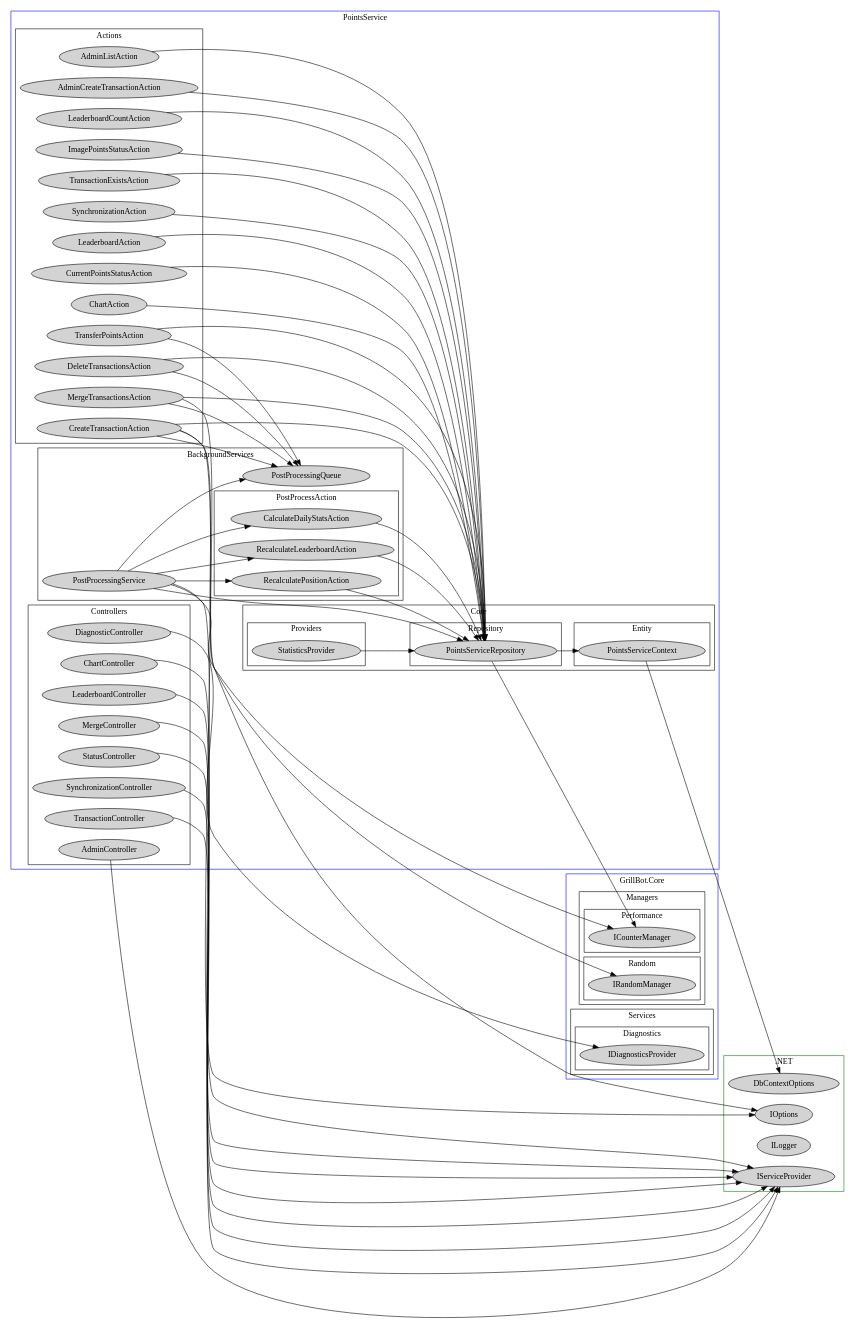
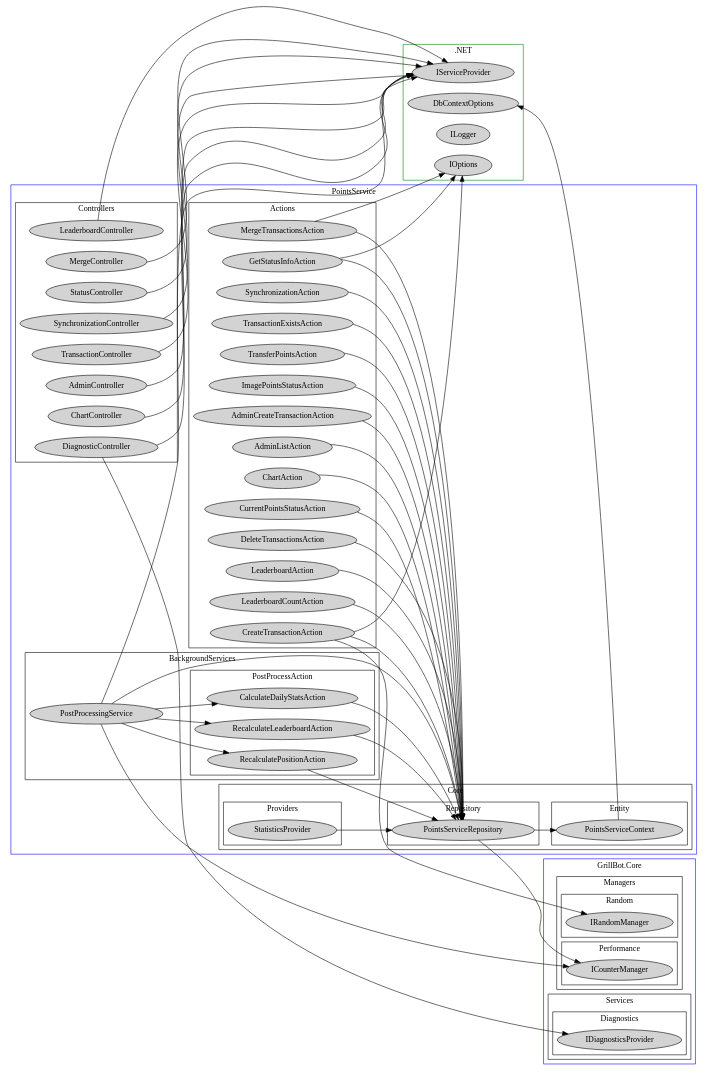
One commit to GrillBot/grillbot-docs changed the diagram in data/di-graph-points.dot. Above: the diagram before and after it, drawn with Graphviz. The commit also changed 4 other files, not shown here.

```diff
--- a/data/di-graph-points.dot
+++ b/data/di-graph-points.dot
@@ -1,175 +1,176 @@
 digraph PointsService {
     rankdir=LR
 	
 	subgraph cluster_0 {
 		node [style=filled];
 		label = "PointsService";
 		color=blue
 		
         subgraph cluster_3_1 {
             node [style=filled];
             label="Actions";
             color=black;
             
             AdminCreateTransactionAction
             AdminListAction
             ChartAction
             CreateTransactionAction
             CurrentPointsStatusAction
             DeleteTransactionsAction
             LeaderboardAction
             MergeTransactionsAction
             SynchronizationAction
             TransactionExistsAction
             TransferPointsAction
             ImagePointsStatusAction
             LeaderboardCountAction
+            GetStatusInfoAction
         }
         
         subgraph cluster_3_2 {
             node [style=filled];
             label="BackgroundServices";
             color=black;
             
             subgraph cluster_3_2_1 {
                 node [style=filled];
                 label="PostProcessAction";
                 color=black;
                 
                 CalculateDailyStatsAction
                 RecalculateLeaderboardAction
                 RecalculatePositionAction
             }
             
-            PostProcessingQueue
             PostProcessingService
         }
         
         subgraph cluster_3_3 {
             node [style=filled];
             label="Controllers";
             color=black;
             
             AdminController
             ChartController
             DiagnosticController
             LeaderboardController
             MergeController
             StatusController
             SynchronizationController
             TransactionController
         }
         
         subgraph cluster_3_4 {
             node [style=filled];
             label="Core"
             color=black
             
             subgraph cluster_3_4_1 {
                 node [style=filled];
                 label="Entity"
                 color=black;
                 
                 PointsServiceContext
             }
             
             subgraph cluster_3_4_2 {
                 node [style=filled];
                 label="Providers"
                 color=black;
                 
                 StatisticsProvider
             }
             
             subgraph cluster_3_4_3 {
                 node [style=filled];
                 label="Repository"
                 color=black
                 
                 PointsServiceRepository
             }
         }
 	}
 	
 	subgraph cluster_4 {
 	    node [style=filled];
 	    label = "GrillBot.Core";
 	    color=blue
 	    
 	    subgraph cluster_4_1 {
 	        node [style=filled];
             label="Managers";
             color=black;
             
             subgraph cluster_4_1_2 {
 	            node [style=filled];
                 label="Performance";
                 color=black;
                 
                 ICounterManager
 	        }
 	        
 	        subgraph cluster_4_1_3 {
 	            node [style=filled];
                 label="Random";
                 color=black;
                 
                 IRandomManager
 	        }
 	    }
 	    
 	    subgraph cluster_4_2 {
 	        node [style=filled];
             label="Services";
             color=black;
 	        
 	        subgraph cluster_4_3 {
 	            node [style=filled];
                 label="Diagnostics";
                 color=black;
 	            
 	            IDiagnosticsProvider
 	        }
 	    }
 	}
 	
 	subgraph cluster_100 {
 	    node[style=filled];
 	    label = ".NET"
 	    color=green
 	    
 	    IServiceProvider
 	    DbContextOptions
 	    ILogger
 	    IOptions
 	}
 	
 	AdminCreateTransactionAction -> { PointsServiceRepository }
 	AdminListAction -> { PointsServiceRepository }
 	ChartAction -> { PointsServiceRepository }
-	CreateTransactionAction -> { PointsServiceRepository IOptions IRandomManager PostProcessingQueue }
+	CreateTransactionAction -> { PointsServiceRepository IOptions IRandomManager }
 	CurrentPointsStatusAction -> { PointsServiceRepository }
-	DeleteTransactionsAction -> { PointsServiceRepository PostProcessingQueue }
+	DeleteTransactionsAction -> { PointsServiceRepository }
 	LeaderboardAction -> { PointsServiceRepository }
-	MergeTransactionsAction -> { PointsServiceRepository IOptions PostProcessingQueue }
+	MergeTransactionsAction -> { PointsServiceRepository IOptions }
 	SynchronizationAction -> { PointsServiceRepository }
 	TransactionExistsAction -> { PointsServiceRepository }
-	TransferPointsAction -> { PointsServiceRepository PostProcessingQueue }
+	TransferPointsAction -> { PointsServiceRepository }
 	AdminController -> { IServiceProvider }
 	ChartController -> { IServiceProvider }
-	DiagnosticController -> { IDiagnosticsProvider }
+	DiagnosticController -> { IDiagnosticsProvider IServiceProvider }
 	LeaderboardController -> { IServiceProvider }
 	MergeController -> { IServiceProvider }
 	StatusController -> { IServiceProvider }
 	SynchronizationController -> { IServiceProvider }
 	TransactionController -> { IServiceProvider }
 	PointsServiceContext -> { DbContextOptions }
 	StatisticsProvider -> { PointsServiceRepository }
 	PointsServiceRepository -> { PointsServiceContext ICounterManager }
 	ImagePointsStatusAction -> { PointsServiceRepository }
 	LeaderboardCountAction -> { PointsServiceRepository }
 	CalculateDailyStatsAction -> { PointsServiceRepository }
 	RecalculateLeaderboardAction -> { PointsServiceRepository }
 	RecalculatePositionAction -> { PointsServiceRepository }
-	PostProcessingService -> { IServiceProvider PostProcessingQueue ICounterManager PointsServiceRepository CalculateDailyStatsAction RecalculateLeaderboardAction RecalculatePositionAction }
+	PostProcessingService -> { IServiceProvider ICounterManager PointsServiceRepository CalculateDailyStatsAction RecalculateLeaderboardAction RecalculatePositionAction }
+	GetStatusInfoAction -> { PointsServiceRepository IOptions }
 }
```
